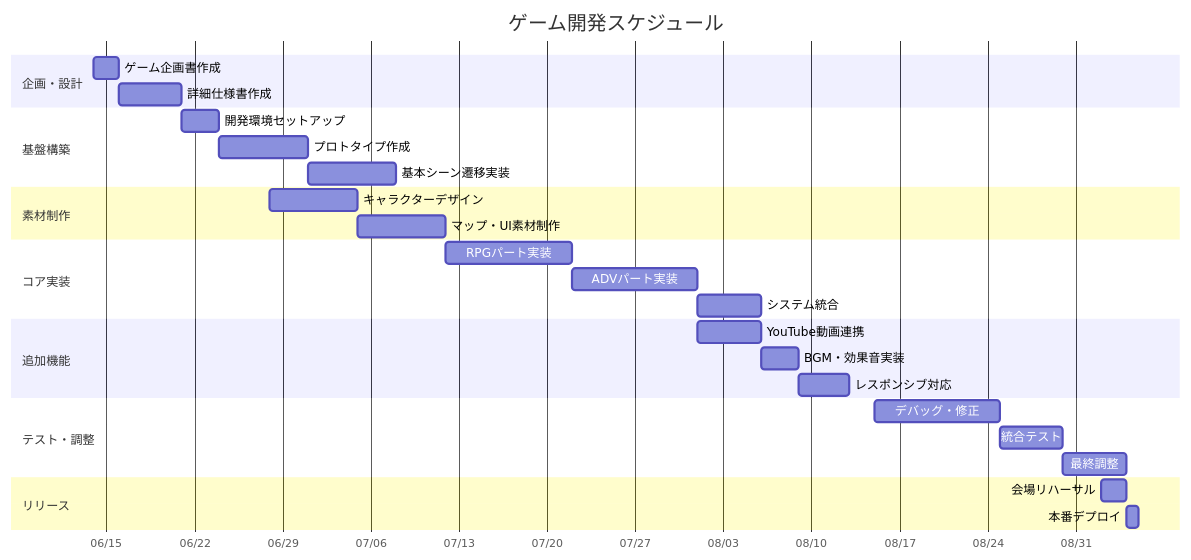
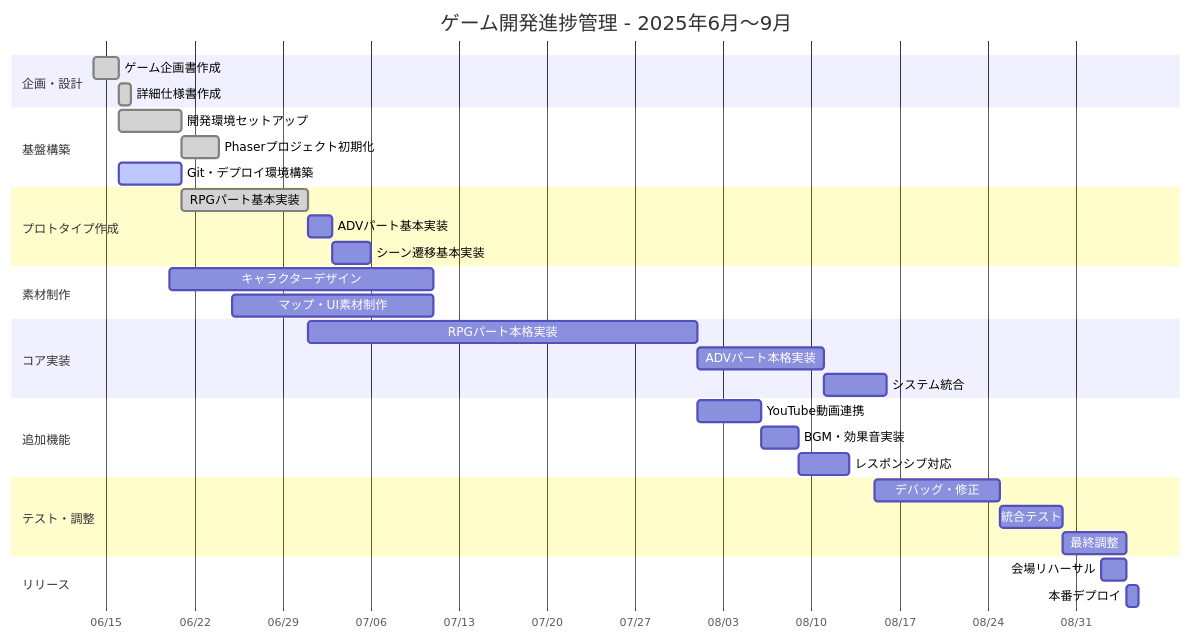
One commit to zos-shoyusoft-proj-hirokazu/hirokazu-life-journey changed the diagram in Documents/milestone.md. Above: the diagram before and after it, drawn with Mermaid.

Commit message:
予定修正２

````diff
--- a/Documents/milestone.md
+++ b/Documents/milestone.md
@@ -3,38 +3,43 @@
 ```mermaid
 gantt
-    title ゲーム開発スケジュール
+    title ゲーム開発進捗管理 - 2025年6月〜9月
     dateFormat YYYY-MM-DD
     axisFormat %m/%d
     
     section 企画・設計
-    ゲーム企画書作成     :planning1, 2025-06-14, 2d
-    詳細仕様書作成       :planning2, after planning1, 5d
+    ゲーム企画書作成     :done, planning1, 2025-06-14, 2d
+    詳細仕様書作成       :done, planning2, after planning1, 1d
     
     section 基盤構築
-    開発環境セットアップ :dev1, 2025-06-21, 3d
-    プロトタイプ作成     :dev2, after dev1, 7d
-    基本シーン遷移実装   :dev3, after dev2, 7d
+    開発環境セットアップ :done, dev1, 2025-06-16, 5d
+    Phaserプロジェクト初期化 :done, dev2, after dev1, 3d
+    Git・デプロイ環境構築 :active, dev3, 2025-06-16, 5d
+    
+    section プロトタイプ作成
+    RPGパート基本実装   :done, proto1, 2025-06-21, 10d
+    ADVパート基本実装   :proto2, 2025-07-01, 2d
+    シーン遷移基本実装   :proto3, after proto2, 3d
     
     section 素材制作
-    キャラクターデザイン :asset1, 2025-06-28, 7d
-    マップ・UI素材制作   :asset2, after asset1, 7d
+    キャラクターデザイン :asset1, 2025-06-20, 21d
+    マップ・UI素材制作  :asset2, 2025-06-25, 16d
     
     section コア実装
-    RPGパート実装       :core1, 2025-07-12, 10d
-    ADVパート実装       :core2, after core1, 10d
+    RPGパート本格実装   :core1, 2025-07-01, 31d
+    ADVパート本格実装   :core2, after core1, 10d
     システム統合        :core3, after core2, 5d
     
     section 追加機能
     YouTube動画連携     :extra1, 2025-08-01, 5d
     BGM・効果音実装     :extra2, after extra1, 3d
-    レスポンシブ対応    :extra3, after extra2, 4d
+    レスポンシブ対応     :extra3, after extra2, 4d
     
     section テスト・調整
-    デバッグ・修正      :test1, 2025-08-15, 10d
+    デバッグ・修正       :test1, 2025-08-15, 10d
     統合テスト          :test2, after test1, 5d
     最終調整            :test3, after test2, 5d
     
     section リリース
-    会場リハーサル      :release1, 2025-09-02, 2d
+    会場リハーサル       :release1, 2025-09-02, 2d
     本番デプロイ        :release2, after release1, 1d
 ```
````
